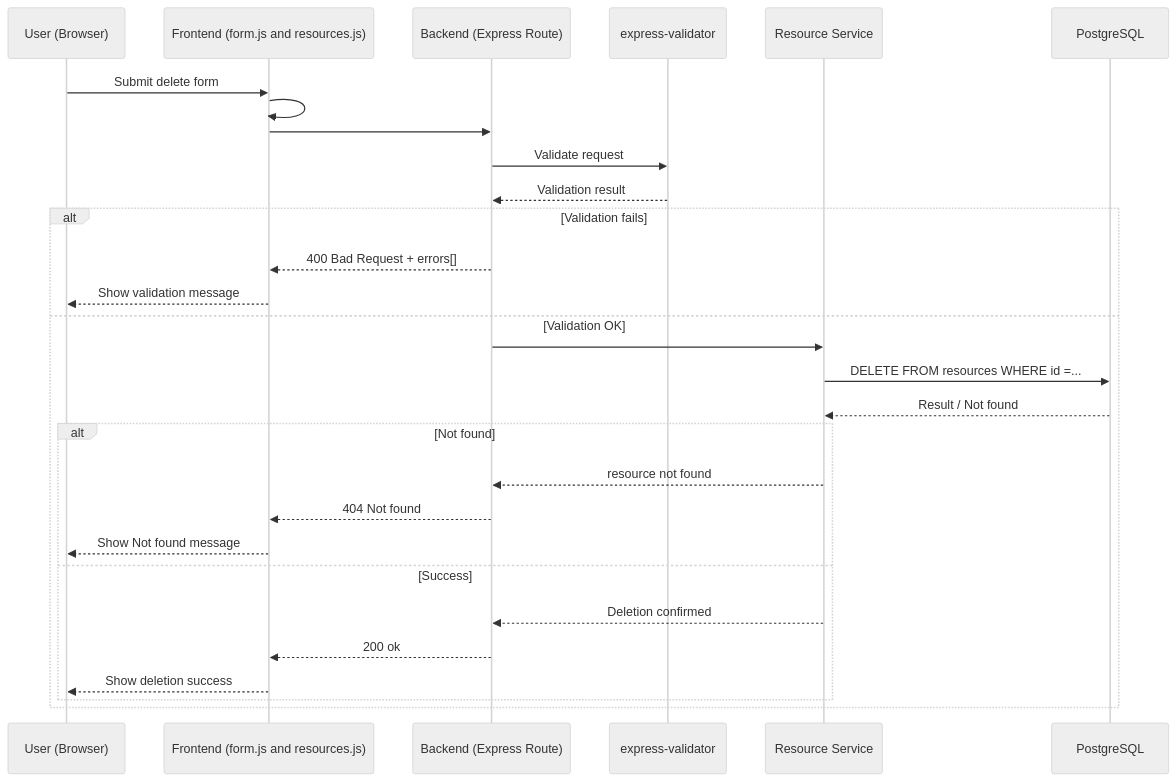
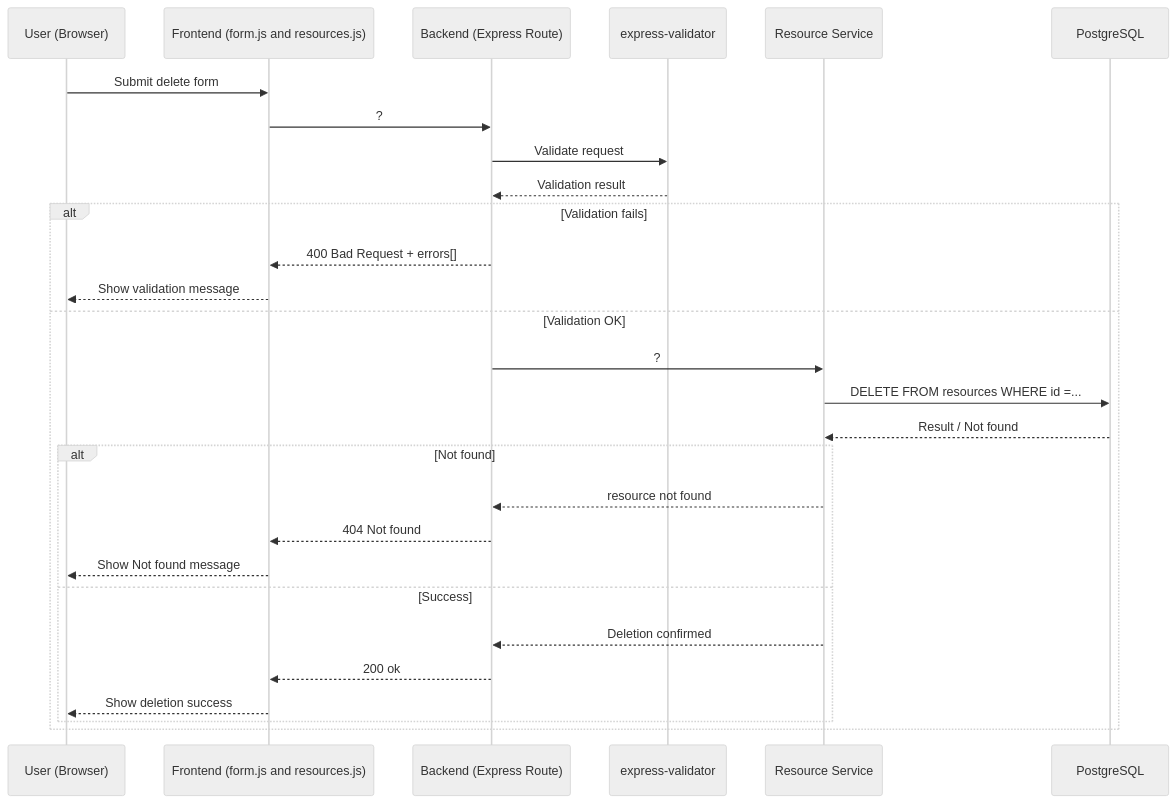
Before and after one commit to rebeckaskog/Web-jatko: the fourth of 4 diagrams in task-g/BookingSystem/Phase-6/G1_CRUD_DataFlow.md, drawn with Mermaid (neutral theme). The commit also changed other lines of this file, not shown here.

````diff
--- a/task-g/BookingSystem/Phase-6/G1_CRUD_DataFlow.md
+++ b/task-g/BookingSystem/Phase-6/G1_CRUD_DataFlow.md
@@ -122,35 +120,34 @@
 ```mermaid
 sequenceDiagram
     participant U as User (Browser)
     participant F as Frontend (form.js and resources.js)
     participant B as Backend (Express Route)
     participant V as express-validator
     participant S as Resource Service
     participant DB as PostgreSQL
 
     U->>F: Submit delete form
-    F->>F: 
-    F->>B: 
+    F->>B: ?
 
     B->>V: Validate request
     V-->>B: Validation result
 
     alt Validation fails
         B-->>F: 400 Bad Request + errors[]
         F-->>U: Show validation message
     else Validation OK
-        B->>S: 
+        B->>S: ?
         S->>DB: DELETE FROM resources WHERE id =...
         DB-->>S: Result / Not found
 
         alt Not found
             S-->>B: resource not found
             B-->>F: 404 Not found
             F-->>U: Show Not found message
         else Success
             S-->>B: Deletion confirmed
             B-->>F: 200 ok
             F-->>U: Show deletion success
         end
     end
 ```
````
